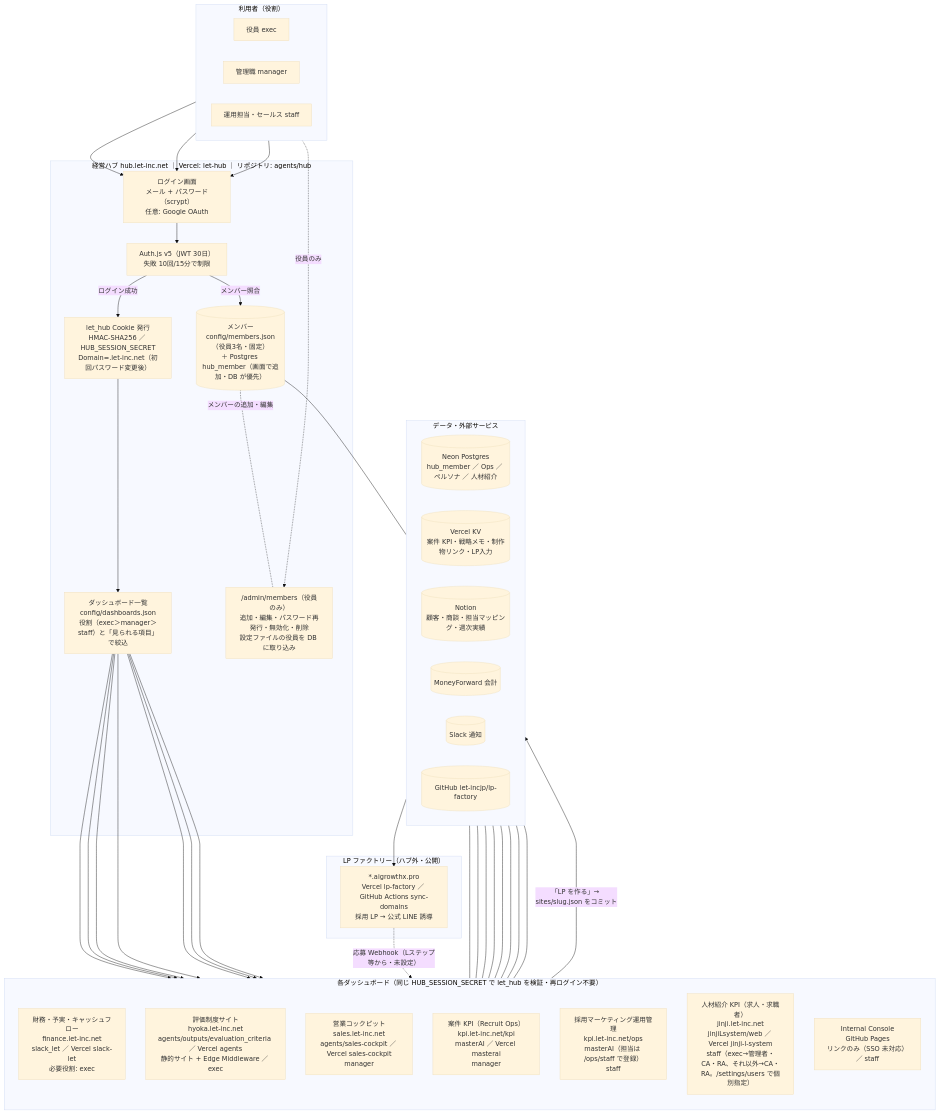
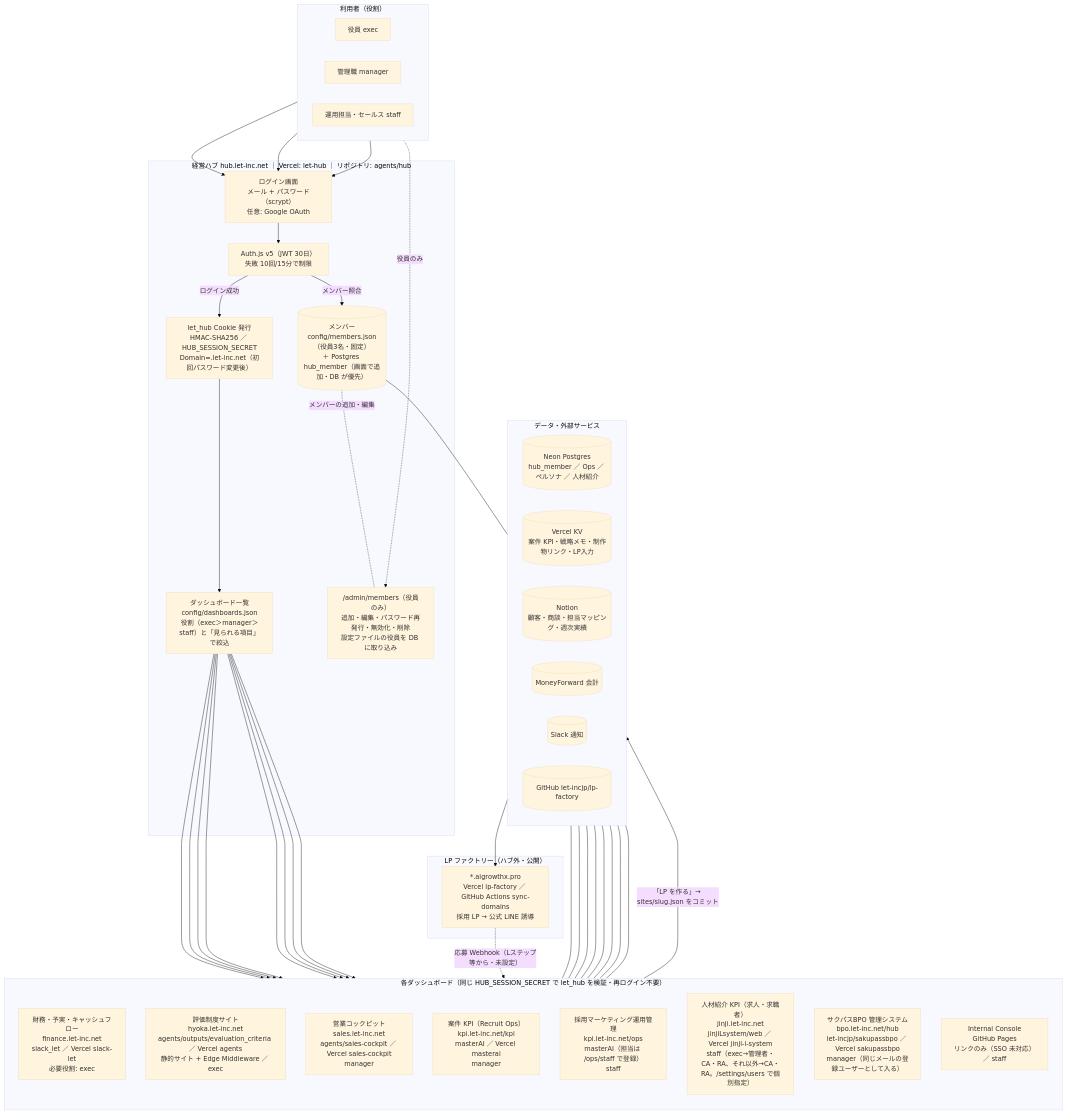
One commit to eijiyoshikawa/agents changed the diagram in docs/HUB_ARCHITECTURE_2026-10-22.md. Above: the diagram before and after it, drawn with Mermaid (base theme). The commit also changed other lines of this file and 1 other file, not shown here.

First line of the commit message:
feat(hub): サクパスBPO 管理システムを共通ログインの対象に追加

````diff
--- a/docs/HUB_ARCHITECTURE_2026-10-22.md
+++ b/docs/HUB_ARCHITECTURE_2026-10-22.md
@@ -11,72 +11,74 @@
 ```mermaid
 flowchart TB
   subgraph users["利用者（役割）"]
     direction LR
     exec["役員 exec"]
     mgr["管理職 manager"]
     staff["運用担当・セールス staff"]
   end
 
   subgraph hub["経営ハブ hub.let-inc.net ｜ Vercel: let-hub ｜ リポジトリ: agents/hub"]
     login["ログイン画面<br/>メール + パスワード（scrypt）<br/>任意: Google OAuth"]
     auth["Auth.js v5（JWT 30日）<br/>失敗 10回/15分で制限"]
     members[("メンバー<br/>config/members.json（役員3名・固定）<br/>＋ Postgres hub_member（画面で追加・DB が優先）")]
     cookie["let_hub Cookie 発行<br/>HMAC-SHA256 ／ HUB_SESSION_SECRET<br/>Domain=.let-inc.net（初回パスワード変更後）"]
     dash["ダッシュボード一覧<br/>config/dashboards.json<br/>役割（exec＞manager＞staff）と「見られる項目」で絞込"]
     admin["/admin/members（役員のみ）<br/>追加・編集・パスワード再発行・無効化・削除<br/>設定ファイルの役員を DB に取り込み"]
   end
 
   exec --> login
   mgr --> login
   staff --> login
   login --> auth
   auth -- "メンバー照合" --> members
   auth -- "ログイン成功" --> cookie --> dash
   members -. "メンバーの追加・編集" .- admin
   exec -. "役員のみ" .-> admin
 
   subgraph apps["各ダッシュボード（同じ HUB_SESSION_SECRET で let_hub を検証・再ログイン不要）"]
     direction TB
     fin["財務・予実・キャッシュフロー<br/>finance.let-inc.net<br/>slack_let ／ Vercel slack-let<br/>必要役割: exec"]
     hyoka["評価制度サイト<br/>hyoka.let-inc.net<br/>agents/outputs/evaluation_criteria ／ Vercel agents<br/>静的サイト + Edge Middleware ／ exec"]
     sales["営業コックピット<br/>sales.let-inc.net<br/>agents/sales-cockpit ／ Vercel sales-cockpit<br/>manager"]
     kpi["案件 KPI（Recruit Ops）<br/>kpi.let-inc.net/kpi<br/>masterAI ／ Vercel masterai<br/>manager"]
     ops["採用マーケティング運用管理<br/>kpi.let-inc.net/ops<br/>masterAI（担当は /ops/staff で登録）<br/>staff"]
     jinji["人材紹介 KPI（求人・求職者）<br/>jinji.let-inc.net<br/>jinjiLsystem/web ／ Vercel jinji-l-system<br/>staff（exec→管理者・CA・RA、それ以外→CA・RA。/settings/users で個別指定）"]
+    bpo["サクパスBPO 管理システム<br/>bpo.let-inc.net/hub<br/>let-incjp/sakupassbpo ／ Vercel sakupassbpo<br/>manager（同じメールの登録ユーザーとして入る）"]
     console["Internal Console<br/>GitHub Pages<br/>リンクのみ（SSO 未対応）／ staff"]
   end
 
   dash --> fin
   dash --> hyoka
   dash --> sales
   dash --> kpi
   dash --> ops
   dash --> jinji
+  dash --> bpo
   dash --> console
 
   subgraph data["データ・外部サービス"]
     direction LR
     pg[("Neon Postgres<br/>hub_member ／ Ops ／ ペルソナ ／ 人材紹介")]
     kv[("Vercel KV<br/>案件 KPI・戦略メモ・制作物リンク・LP入力")]
     notion[("Notion<br/>顧客・商談・担当マッピング・週次実績")]
     mf[("MoneyForward 会計")]
     slack[("Slack 通知")]
     gh[("GitHub let-incjp/lp-factory")]
   end
 
   members --- pg
   ops --- pg
   jinji --- pg
   kpi --- kv
   kpi --- notion
   sales --- notion
   fin --- mf
   fin --- slack
   ops --- slack
 
   subgraph lp["LP ファクトリー（ハブ外・公開）"]
     lpf["*.aigrowthx.pro<br/>Vercel lp-factory ／ GitHub Actions sync-domains<br/>採用 LP → 公式 LINE 誘導"]
   end
   kpi -- "「LP を作る」→ sites/slug.json をコミット" --> gh --> lpf
   lpf -. "応募 Webhook（Lステップ等から・未設定）" .-> kpi
 ```
````
